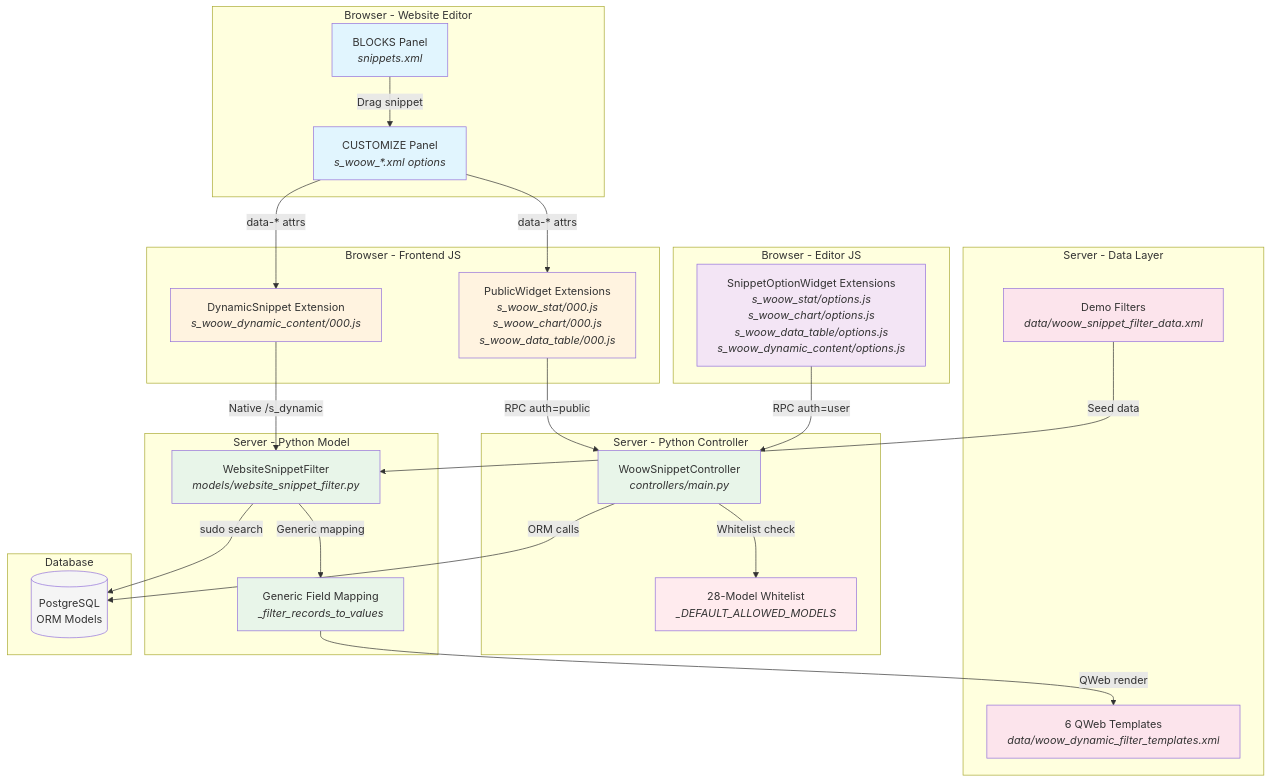
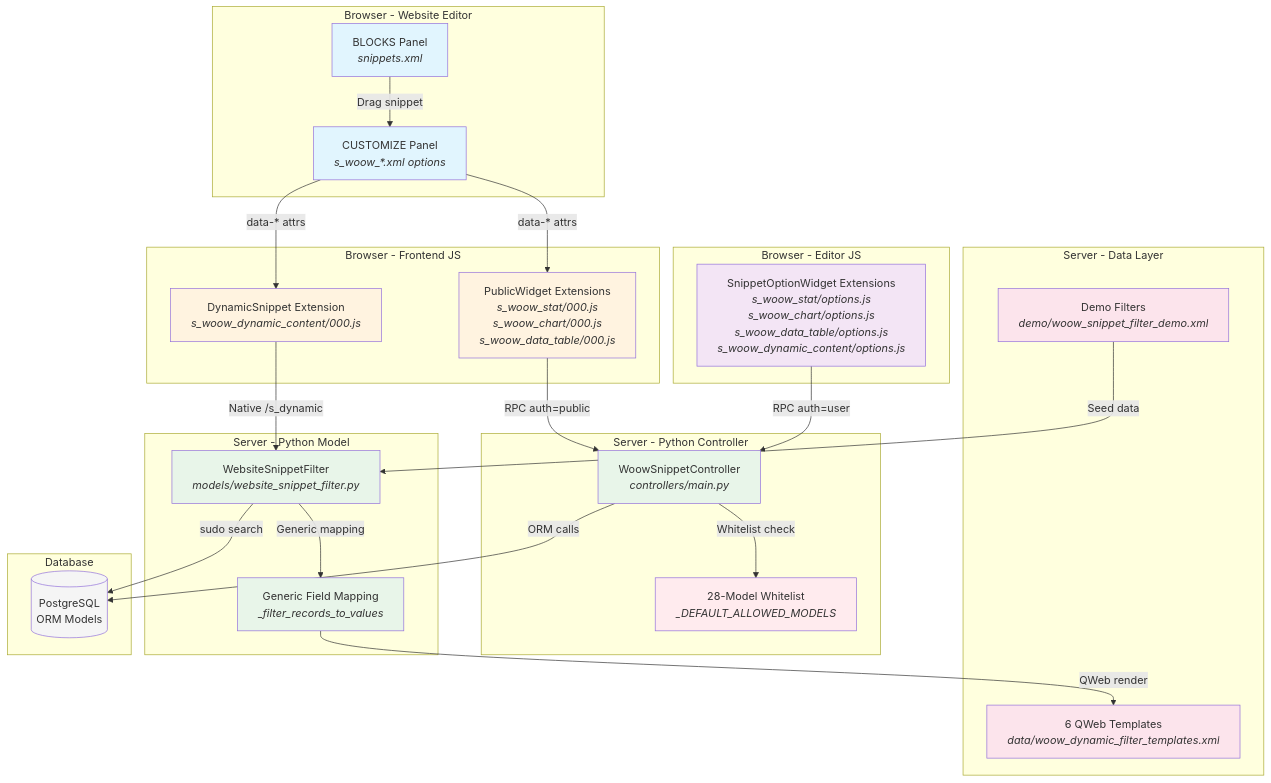
One commit to WOOWTECH/Woow_odoo_website_snippet changed the first of 10 diagrams in docs/ARCHITECTURE.md. Above: the diagram before and after it, drawn with Mermaid. The commit also changed other lines of this file and 20 other files, not shown here.

````diff
--- a/docs/ARCHITECTURE.md
+++ b/docs/ARCHITECTURE.md
@@ -47,61 +47,61 @@
 ```mermaid
 graph TB
     subgraph "Browser - Website Editor"
         A[BLOCKS Panel<br/><i>snippets.xml</i>]
         B[CUSTOMIZE Panel<br/><i>s_woow_*.xml options</i>]
     end
 
     subgraph "Browser - Frontend JS"
         C[PublicWidget Extensions<br/><i>s_woow_stat/000.js</i><br/><i>s_woow_chart/000.js</i><br/><i>s_woow_data_table/000.js</i>]
         D[DynamicSnippet Extension<br/><i>s_woow_dynamic_content/000.js</i>]
     end
 
     subgraph "Browser - Editor JS"
         E[SnippetOptionWidget Extensions<br/><i>s_woow_stat/options.js</i><br/><i>s_woow_chart/options.js</i><br/><i>s_woow_data_table/options.js</i><br/><i>s_woow_dynamic_content/options.js</i>]
     end
 
     subgraph "Server - Python Controller"
         F[WoowSnippetController<br/><i>controllers/main.py</i>]
         G[28-Model Whitelist<br/><i>_DEFAULT_ALLOWED_MODELS</i>]
     end
 
     subgraph "Server - Python Model"
         H[WebsiteSnippetFilter<br/><i>models/website_snippet_filter.py</i>]
         I[Generic Field Mapping<br/><i>_filter_records_to_values</i>]
     end
 
     subgraph "Server - Data Layer"
         J[6 QWeb Templates<br/><i>data/woow_dynamic_filter_templates.xml</i>]
-        K[Demo Filters<br/><i>data/woow_snippet_filter_data.xml</i>]
+        K[Demo Filters<br/><i>demo/woow_snippet_filter_demo.xml</i>]
     end
 
     subgraph "Database"
         L[(PostgreSQL<br/>ORM Models)]
     end
 
     A -->|"Drag snippet"| B
     B -->|"data-* attrs"| C
     B -->|"data-* attrs"| D
     E -->|"RPC auth=user"| F
     C -->|"RPC auth=public"| F
     D -->|"Native /s_dynamic"| H
     F -->|"Whitelist check"| G
     F -->|"ORM calls"| L
     H -->|"sudo search"| L
     H -->|"Generic mapping"| I
     I -->|"QWeb render"| J
     K -->|"Seed data"| H
 
     style A fill:#e1f5fe
     style B fill:#e1f5fe
     style C fill:#fff3e0
     style D fill:#fff3e0
     style E fill:#f3e5f5
     style F fill:#e8f5e9
     style G fill:#ffebee
     style H fill:#e8f5e9
     style I fill:#e8f5e9
     style J fill:#fce4ec
     style K fill:#fce4ec
     style L fill:#f5f5f5
 ```
````
